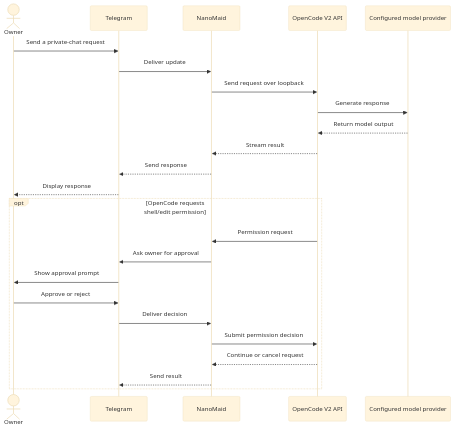
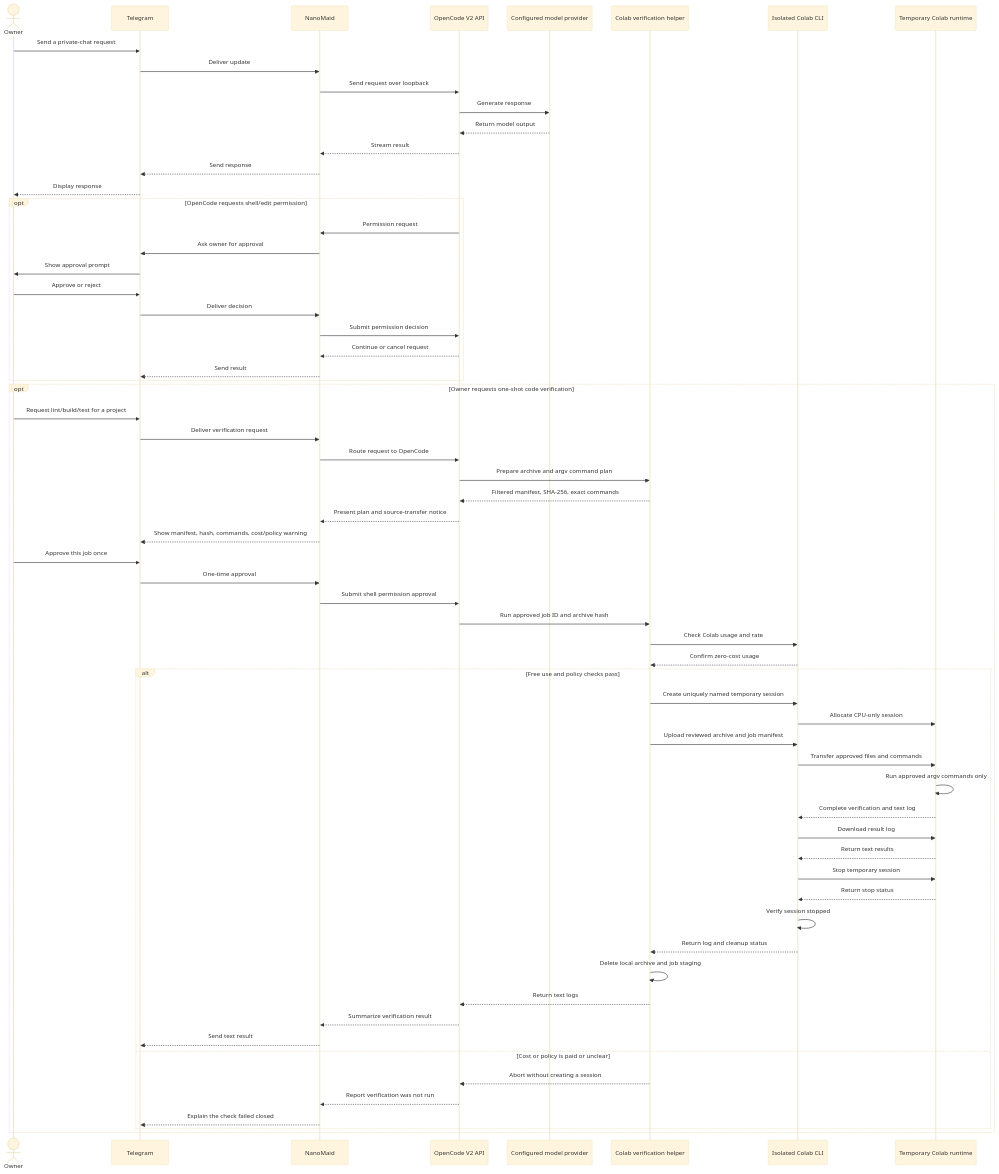
Before and after one commit to arinadi/nanomaid: the second of 2 diagrams in README.md, drawn with Mermaid (base theme). The commit also changed other lines of this file, not shown here.

Commit message:
Docs: add approved Colab flow to sequence diagram (AI_Task: 2026-09-28-readme-colab-sequence)

````diff
--- a/README.md
+++ b/README.md
@@ -90,28 +90,69 @@
 ```mermaid
 sequenceDiagram
     actor Owner
     participant Telegram
     participant Bot as NanoMaid
     participant OpenCode as OpenCode V2 API
     participant Provider as Configured model provider
+    participant Helper as Colab verification helper
+    participant CLI as Isolated Colab CLI
+    participant Colab as Temporary Colab runtime
 
     Owner->>Telegram: Send a private-chat request
     Telegram->>Bot: Deliver update
     Bot->>OpenCode: Send request over loopback
     OpenCode->>Provider: Generate response
     Provider-->>OpenCode: Return model output
     OpenCode-->>Bot: Stream result
     Bot-->>Telegram: Send response
     Telegram-->>Owner: Display response
 
     opt OpenCode requests shell/edit permission
         OpenCode->>Bot: Permission request
         Bot->>Telegram: Ask owner for approval
         Telegram->>Owner: Show approval prompt
         Owner->>Telegram: Approve or reject
         Telegram->>Bot: Deliver decision
         Bot->>OpenCode: Submit permission decision
         OpenCode-->>Bot: Continue or cancel request
         Bot-->>Telegram: Send result
     end
+
+    opt Owner requests one-shot code verification
+        Owner->>Telegram: Request lint/build/test for a project
+        Telegram->>Bot: Deliver verification request
+        Bot->>OpenCode: Route request to OpenCode
+        OpenCode->>Helper: Prepare archive and argv command plan
+        Helper-->>OpenCode: Filtered manifest, SHA-256, exact commands
+        OpenCode-->>Bot: Present plan and source-transfer notice
+        Bot-->>Telegram: Show manifest, hash, commands, cost/policy warning
+        Owner->>Telegram: Approve this job once
+        Telegram->>Bot: One-time approval
+        Bot->>OpenCode: Submit shell permission approval
+        OpenCode->>Helper: Run approved job ID and archive hash
+        Helper->>CLI: Check Colab usage and rate
+        CLI-->>Helper: Confirm zero-cost usage
+        alt Free use and policy checks pass
+            Helper->>CLI: Create uniquely named temporary session
+            CLI->>Colab: Allocate CPU-only session
+            Helper->>CLI: Upload reviewed archive and job manifest
+            CLI->>Colab: Transfer approved files and commands
+            Colab->>Colab: Run approved argv commands only
+            Colab-->>CLI: Complete verification and text log
+            CLI->>Colab: Download result log
+            Colab-->>CLI: Return text results
+            CLI->>Colab: Stop temporary session
+            Colab-->>CLI: Return stop status
+            CLI->>CLI: Verify session stopped
+            CLI-->>Helper: Return log and cleanup status
+            Helper->>Helper: Delete local archive and job staging
+            Helper-->>OpenCode: Return text logs
+            OpenCode-->>Bot: Summarize verification result
+            Bot-->>Telegram: Send text result
+        else Cost or policy is paid or unclear
+            Helper-->>OpenCode: Abort without creating a session
+            OpenCode-->>Bot: Report verification was not run
+            Bot-->>Telegram: Explain the check failed closed
+        end
+    end
 ```
````
